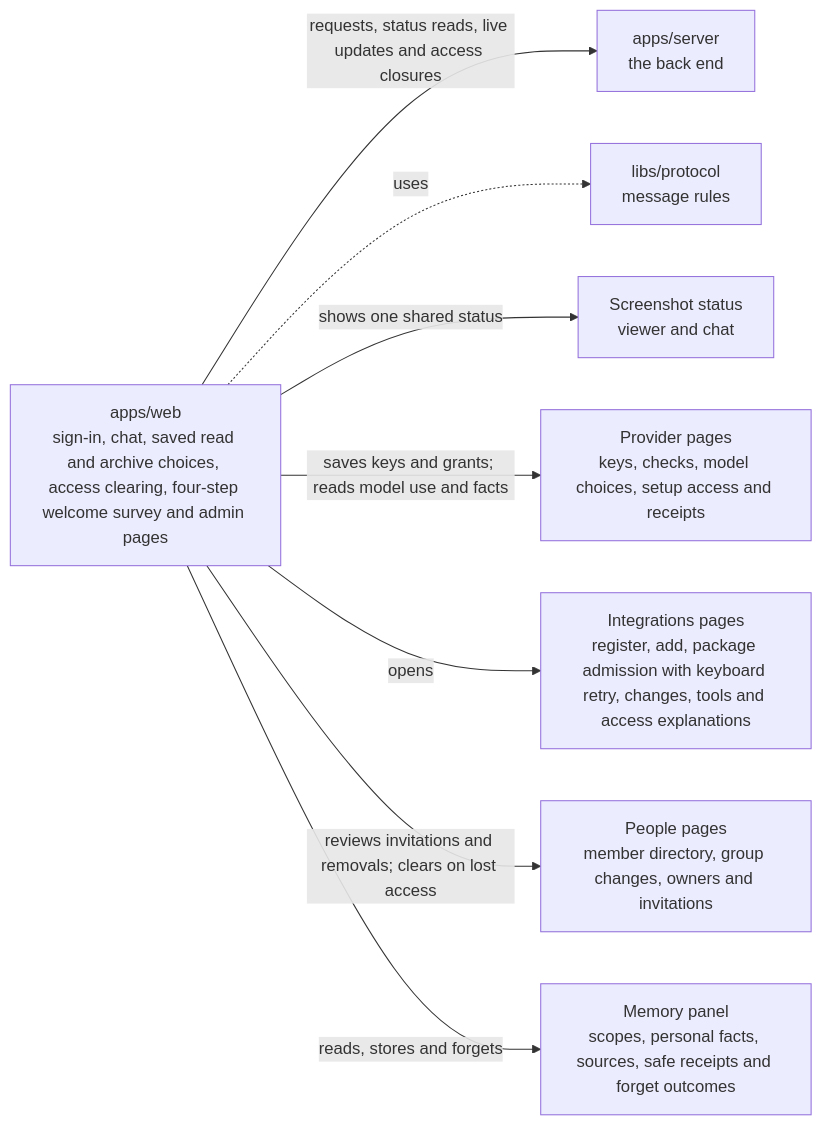
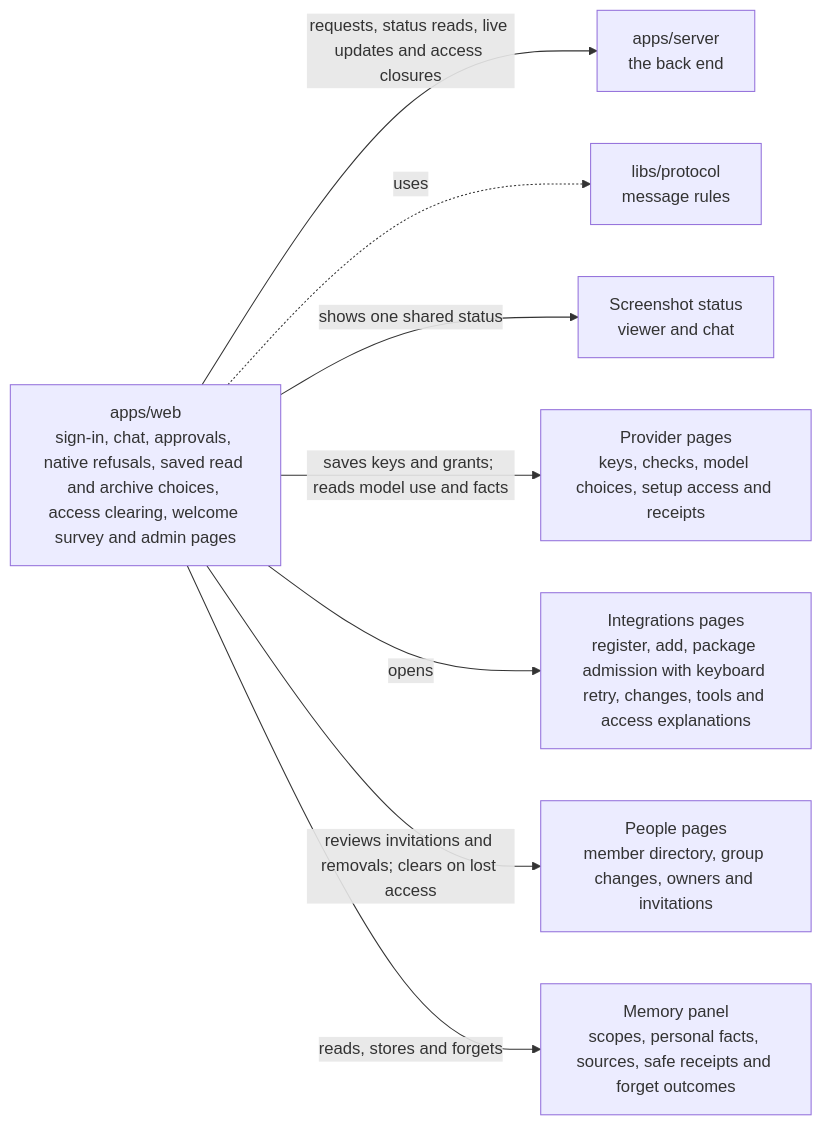
Before and after one commit to elewa-git/opencrane-new: the diagram in apps/web/README.md, drawn with Mermaid. The commit also changed other lines of this file and 25 other files, not shown here.

Commit message:
🧩 Show incomplete approvals and native refusals in chat

````diff
--- a/apps/web/README.md
+++ b/apps/web/README.md
@@ -11,10 +11,10 @@
 ```mermaid
 flowchart LR
-  web["apps/web<br/>sign-in, chat, saved read and archive choices, access clearing, four-step welcome survey and admin pages"] -->|requests, status reads, live updates and access closures| server["apps/server<br/>the back end"]
+  web["apps/web<br/>sign-in, chat, approvals, native refusals, saved read and archive choices, access clearing, welcome survey and admin pages"] -->|requests, status reads, live updates and access closures| server["apps/server<br/>the back end"]
   web -.->|uses| protocol["libs/protocol<br/>message rules"]
   web -->|shows one shared status| capture["Screenshot status<br/>viewer and chat"]
   web -->|saves keys and grants; reads model use and facts| providers["Provider pages<br/>keys, checks, model choices, setup access and receipts"]
   web -->|opens| integrations["Integrations pages<br/>register, add, package admission with keyboard retry, changes, tools and access explanations"]
   web -->|reviews invitations and removals; clears on lost access| people["People pages<br/>member directory, group changes, owners and invitations"]
   web -->|reads, stores and forgets| memory["Memory panel<br/>scopes, personal facts, sources, safe receipts and forget outcomes"]
 ```
````
